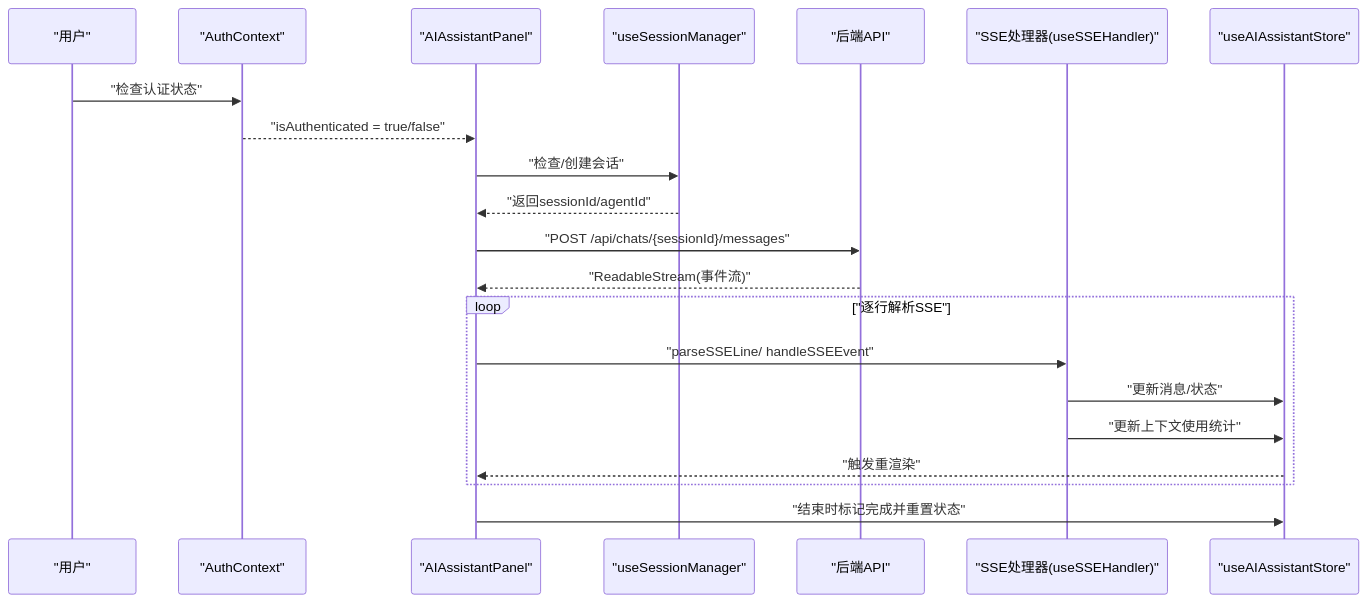
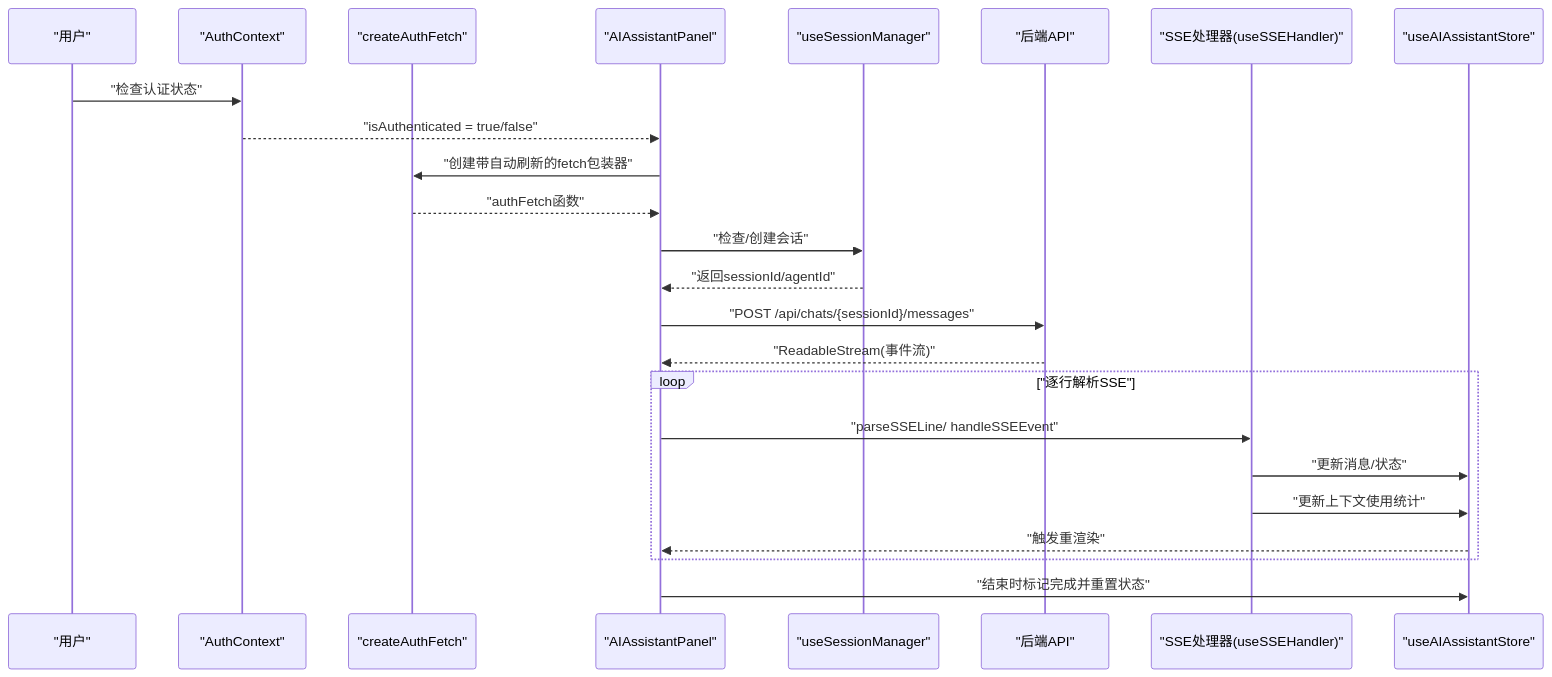
One commit to KunLabAI/KunFlix changed the second of 16 diagrams in .qoder/repowiki/zh/content/前端应用架构/UI组件库/画布组件系统/AI助手面板.md. Above: the diagram before and after it, drawn with Mermaid. The commit also changed other lines of this file and 8 other files, not shown here.

````diff
--- a/.qoder/repowiki/zh/content/前端应用架构/UI组件库/画布组件系统/AI助手面板.md
+++ b/.qoder/repowiki/zh/content/前端应用架构/UI组件库/画布组件系统/AI助手面板.md
@@ -169,23 +184,26 @@
 ```mermaid
 sequenceDiagram
 participant U as "用户"
 participant A as "AuthContext"
+participant PF as "createAuthFetch"
 participant P as "AIAssistantPanel"
 participant S as "useSessionManager"
 participant N as "后端API"
 participant SSE as "SSE处理器(useSSEHandler)"
 participant ST as "useAIAssistantStore"
 U->>A : "检查认证状态"
 A-->>P : "isAuthenticated = true/false"
+P->>PF : "创建带自动刷新的fetch包装器"
+PF-->>P : "authFetch函数"
 P->>S : "检查/创建会话"
 S-->>P : "返回sessionId/agentId"
 P->>N : "POST /api/chats/{sessionId}/messages"
 N-->>P : "ReadableStream(事件流)"
 loop "逐行解析SSE"
 P->>SSE : "parseSSELine/ handleSSEEvent"
 SSE->>ST : "更新消息/状态"
 SSE->>ST : "更新上下文使用统计"
 ST-->>P : "触发重渲染"
 end
 P->>ST : "结束时标记完成并重置状态"
 ```
````
